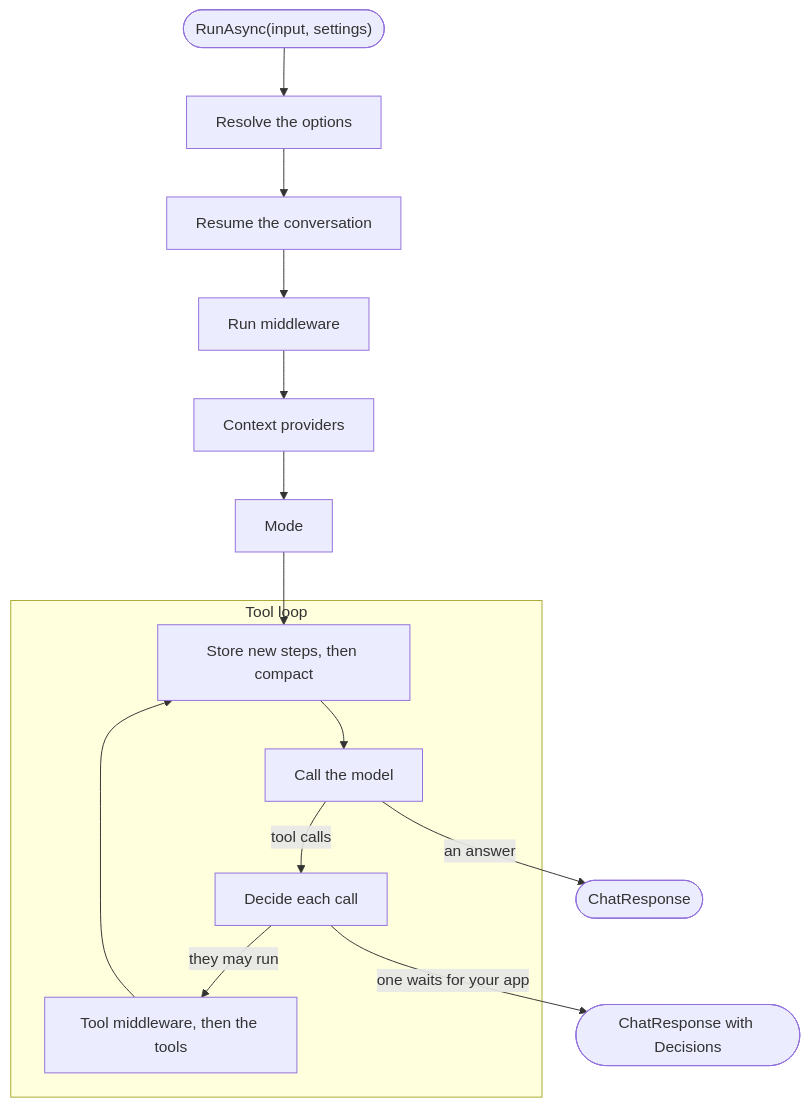
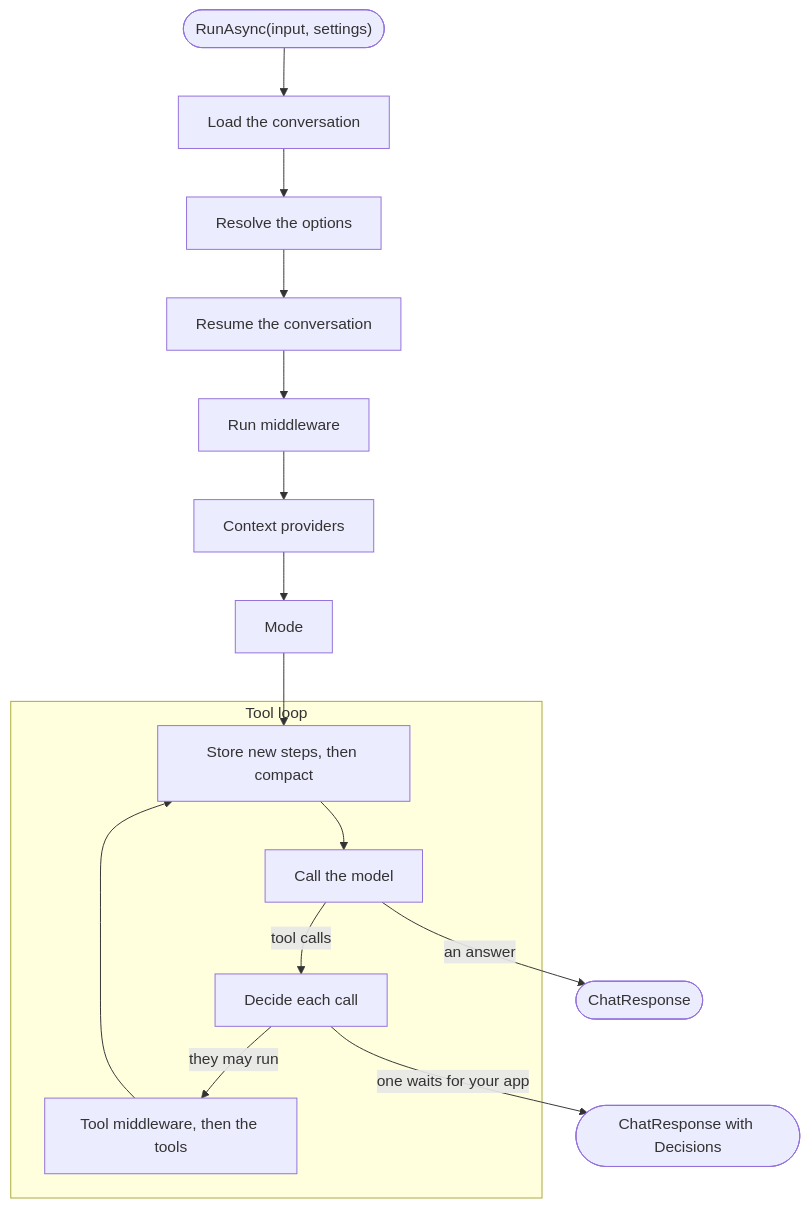
Before and after one commit to weboost-at/Typeshift: the diagram in docs/guide/how-a-run-works.md, drawn with Mermaid. The commit also changed other lines of this file and 11 other files, not shown here.

First line of the commit message:
Added RunStart.cs, a run passed on loads once and resolves one agent

````diff
--- a/docs/guide/how-a-run-works.md
+++ b/docs/guide/how-a-run-works.md
@@ -13,17 +13,18 @@
 ```mermaid
 flowchart TD
-  start(["RunAsync(input, settings)"]) --> resolve[Resolve the options]
+  start(["RunAsync(input, settings)"]) --> load[Load the conversation]
+  load --> resolve[Resolve the options]
   resolve --> conversation[Resume the conversation]
   conversation --> middleware[Run middleware]
   middleware --> context[Context providers]
   context --> mode[Mode]
   mode --> before
   subgraph loop [Tool loop]
     before[Store new steps, then compact] --> model[Call the model]
     model -->|tool calls| gate[Decide each call]
     gate -->|they may run| tools[Tool middleware, then the tools]
     tools --> before
   end
   gate -->|one waits for your app| asks([ChatResponse with Decisions])
   model -->|an answer| done([ChatResponse])
 ```
````
